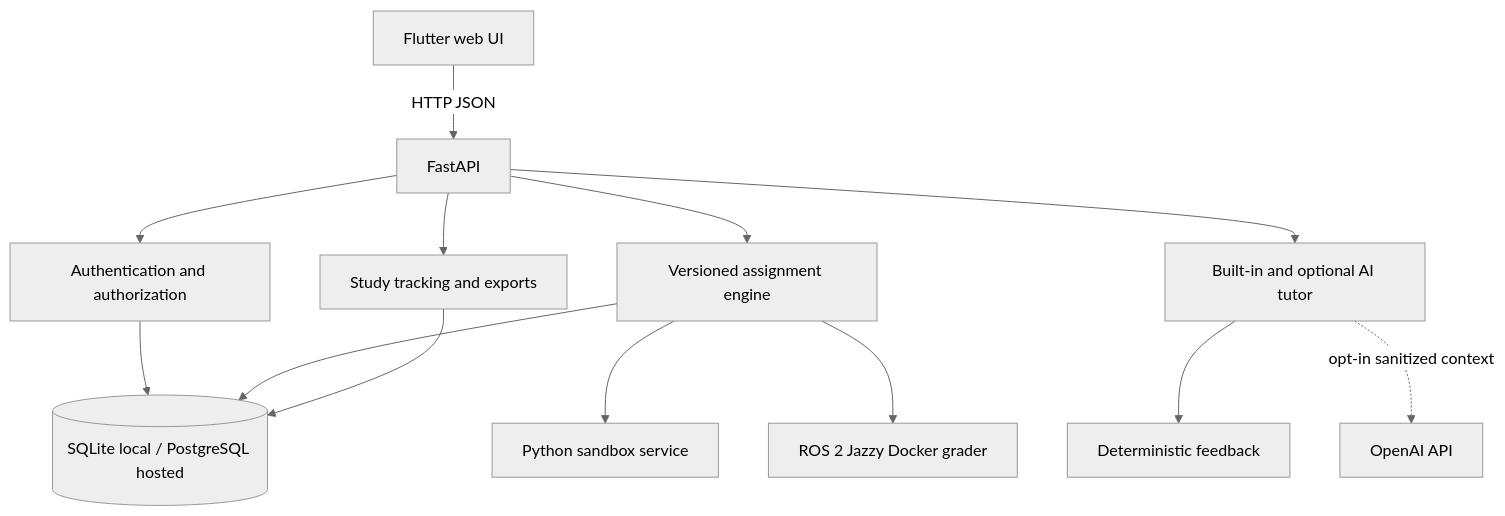
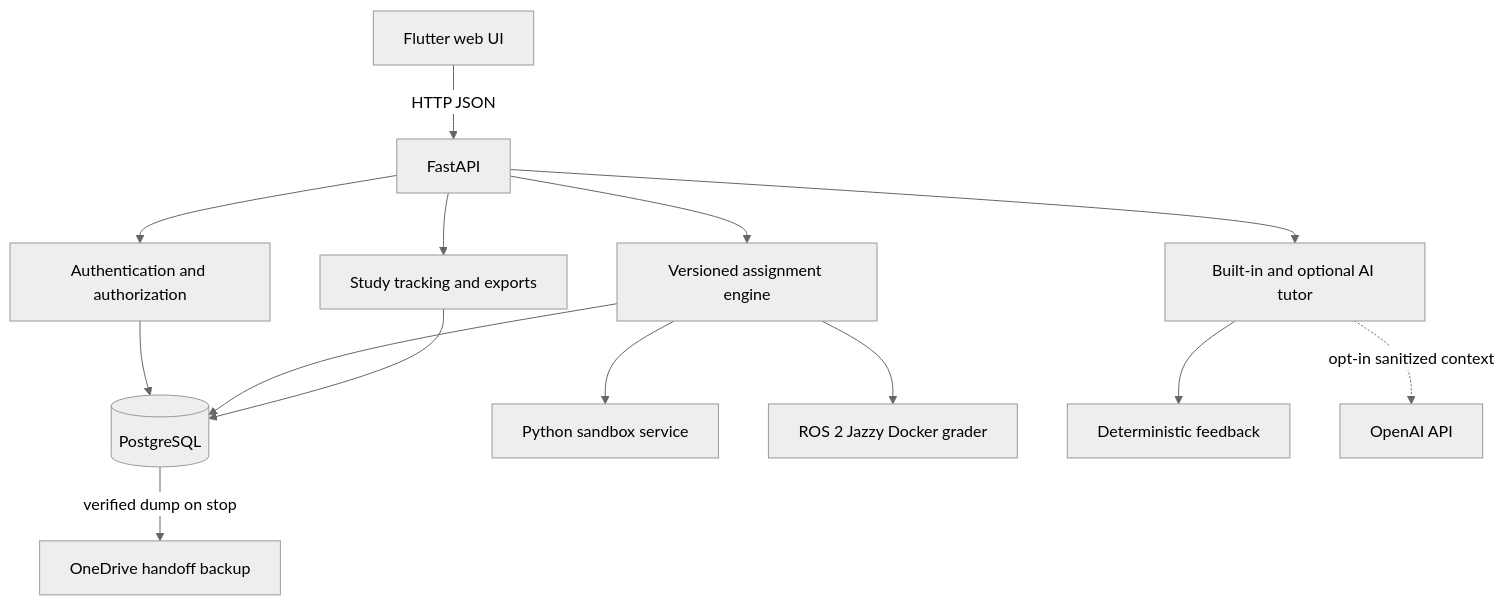
The second of 2 diagrams in README.md (CS-Ponkoj/Robotics-Programming-Lab-Live), drawn with Mermaid (neutral theme) before and after one commit. The commit also changed other lines of this file and 28 other files, not shown here.

Commit message:
v5: add PostgreSQL OneDrive handoff and reliable drafts

````diff
--- a/README.md
+++ b/README.md
@@ -159,15 +171,16 @@
 ```mermaid
 flowchart TB
     Browser[Flutter web UI] -->|HTTP JSON| API[FastAPI]
     API --> Auth[Authentication and authorization]
     API --> Engine[Versioned assignment engine]
     API --> Tutor[Built-in and optional AI tutor]
     API --> Research[Study tracking and exports]
-    Auth --> DB[(SQLite local / PostgreSQL hosted)]
+    Auth --> DB[(PostgreSQL)]
     Engine --> DB
     Research --> DB
+    DB -->|verified dump on stop| Backup[OneDrive handoff backup]
     Engine --> PythonSandbox[Python sandbox service]
     Engine --> ROS[ROS 2 Jazzy Docker grader]
     Tutor --> BuiltIn[Deterministic feedback]
     Tutor -. opt-in sanitized context .-> OpenAI[OpenAI API]
 ```
````
